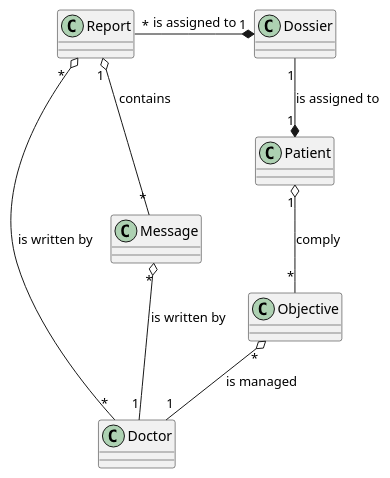
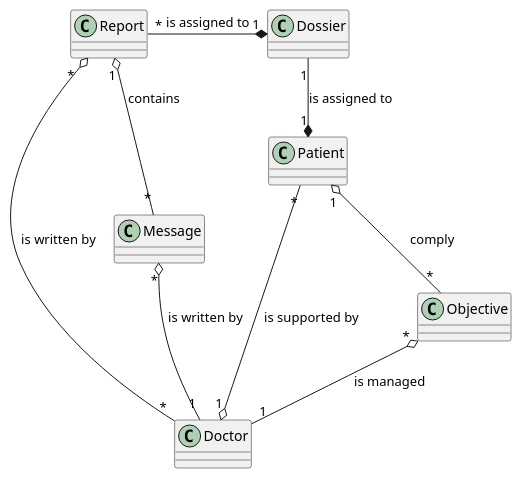
The diagram in doc/task4/domainModel.puml (thetractor/ch.bfh.bti7081.s2019.orange), drawn with PlantUML before and after one commit. The commit also changed 3 other files, not shown here.

```diff
--- a/doc/task4/domainModel.puml
+++ b/doc/task4/domainModel.puml
@@ -1,25 +1,26 @@
 @startuml
 
 class Doctor{
 }
 class Patient{
 }
 class Objective{
 }
 class Report{
 }
 class Dossier{
 }
 class Message{
 }
 
 
 Report " *  " o-- "*" Doctor : is written by
 Message "*" o-- "1" Doctor : is written by
 Report "*" -* "1" Dossier : is assigned to
 Objective "*" o-- "1" Doctor : is managed
 Patient "1" o-- "*" Objective  : comply
 Report "1" o-- "*" Message : contains
 Dossier "1" --* "1" Patient : is assigned to
+Doctor "1" o- "*" Patient : is supported by
 
 @enduml
```
